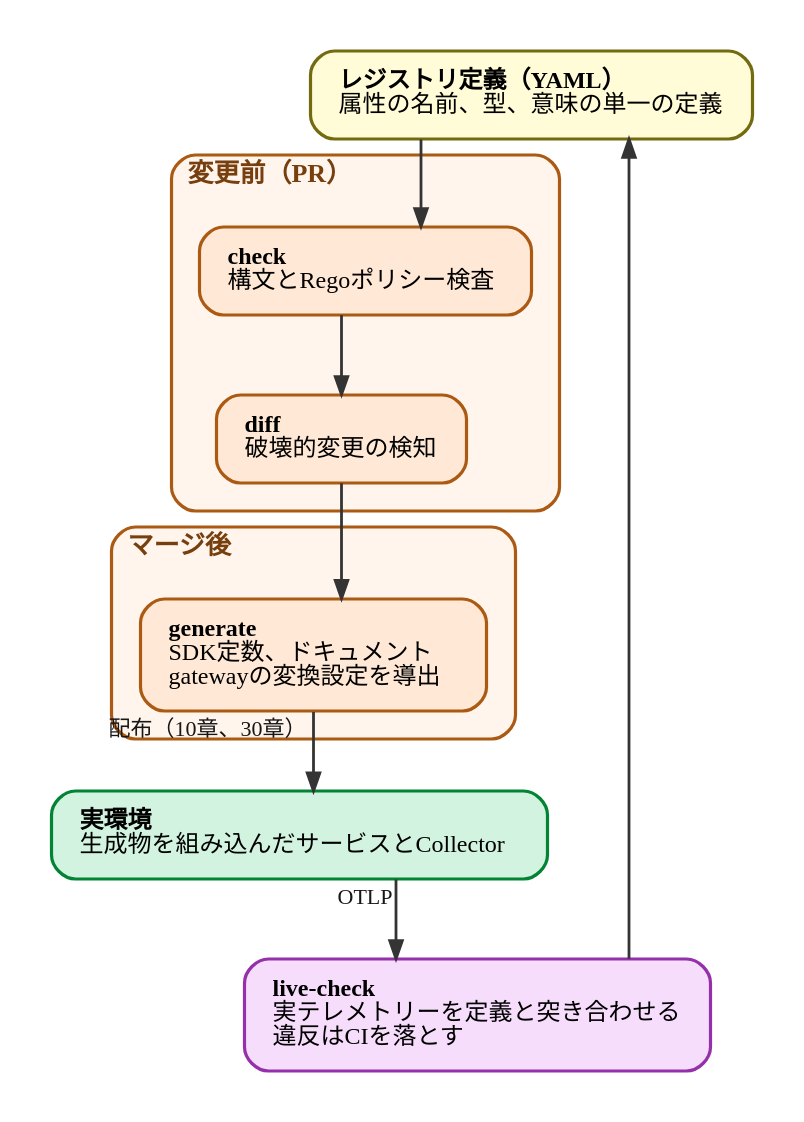
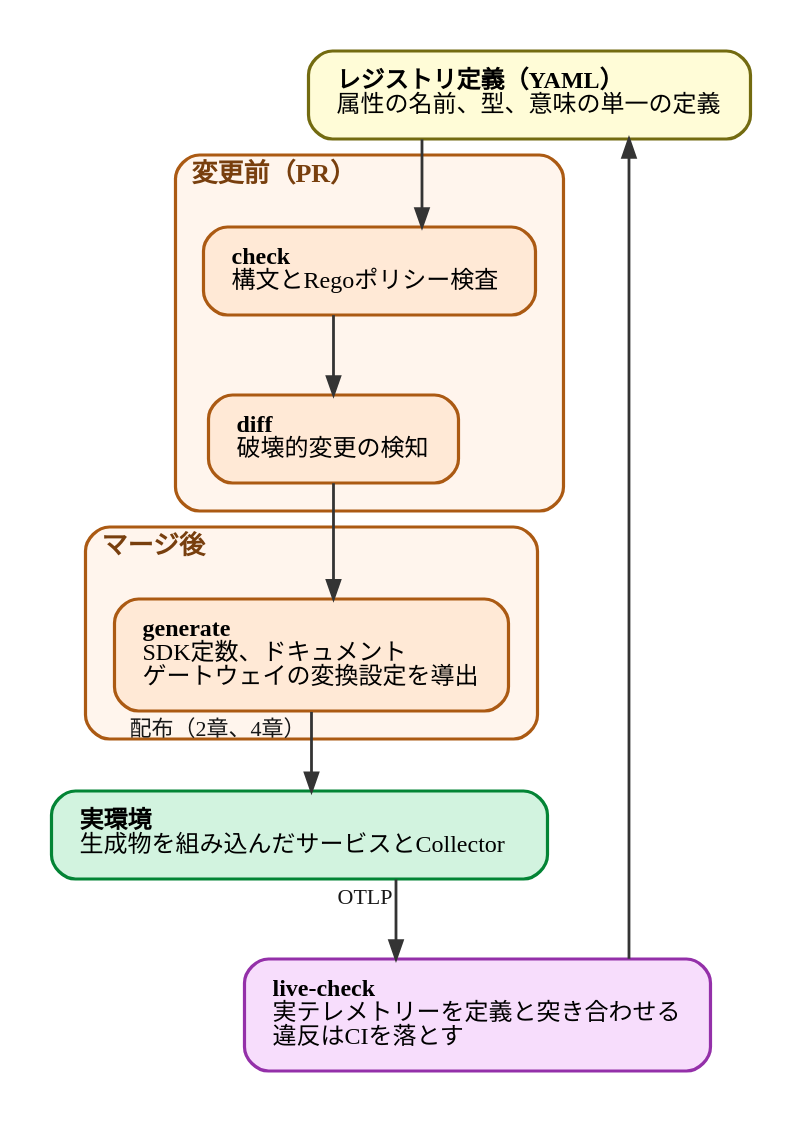
Before and after one commit to ymotongpoo/zenn.dev: the diagram in diagrams/observability-platform-with-otel/20260926-weaver-loop.dot, drawn with Graphviz. The commit also changed 27 other files, not shown here.

```diff
--- a/diagrams/observability-platform-with-otel/20260926-weaver-loop.dot
+++ b/diagrams/observability-platform-with-otel/20260926-weaver-loop.dot
@@ -1,52 +1,52 @@
 // Weaverによるスキーマ管理の循環
 digraph weaver_loop {
   graph [
     fontname="IBM Plex Sans JP", fontsize=13,
     rankdir=TB, compound=true, splines=ortho,
     nodesep=0.5, ranksep=0.55, pad=0.25,
     bgcolor="white", newrank=true
   ];
   node [
     fontname="IBM Plex Sans JP", fontsize=12,
     shape=box, style="rounded,filled",
     fillcolor="#E4E4E4", color="#4A4A4A", penwidth=1.6,
     margin="0.2,0.14"
   ];
   edge [
     fontname="IBM Plex Sans JP", fontsize=11,
     color="#343434", penwidth=1.4, arrowsize=0.9,
     fontcolor="#171717"
   ];
 
   registry [label=<<b>レジストリ定義（YAML）</b><br align="left"/>属性の名前、型、意味の単一の定義<br align="left"/>>, fillcolor="#FFFCD7", color="#736B10"];
 
   subgraph cluster_pr {
     label=<<b>変更前（PR）</b>>;
     labeljust="l"; style="rounded"; penwidth=1.6;
     color="#AB5A13"; bgcolor="#FFF5ED"; fontcolor="#783F0E"; margin=14;
     check [label=<<b>check</b><br align="left"/>構文とRegoポリシー検査<br align="left"/>>, fillcolor="#FFE9D6", color="#AB5A13"];
     diff [label=<<b>diff</b><br align="left"/>破壊的変更の検知<br align="left"/>>, fillcolor="#FFE9D6", color="#AB5A13"];
   }
 
   subgraph cluster_merge {
     label=<<b>マージ後</b>>;
     labeljust="l"; style="rounded"; penwidth=1.6;
     color="#AB5A13"; bgcolor="#FFF5ED"; fontcolor="#783F0E"; margin=14;
-    generate [label=<<b>generate</b><br align="left"/>SDK定数、ドキュメント<br align="left"/>gatewayの変換設定を導出<br align="left"/>>, fillcolor="#FFE9D6", color="#AB5A13"];
+    generate [label=<<b>generate</b><br align="left"/>SDK定数、ドキュメント<br align="left"/>ゲートウェイの変換設定を導出<br align="left"/>>, fillcolor="#FFE9D6", color="#AB5A13"];
   }
 
   system [label=<<b>実環境</b><br align="left"/>生成物を組み込んだサービスとCollector<br align="left"/>>, fillcolor="#D2F3DF", color="#038435"];
   livecheck [label=<<b>live-check</b><br align="left"/>実テレメトリーを定義と突き合わせる<br align="left"/>違反はCIを落とす<br align="left"/>>, fillcolor="#F7DDFC", color="#9430A9"];
 
   registry -> check;
   check -> diff;
   // 「マージ」はクラスタ名（変更前（PR）→ マージ後）とキャプションが担う。
   // ここに置くと、左を回る livecheck -> registry のラベルと隣接して
   // 「定義とのずれを修正マージ」と一続きに読めてしまう。
   diff -> generate;
-  generate -> system [xlabel=" 配布（10章、30章）"];
+  generate -> system [xlabel=" 配布（2章、4章）"];
   system -> livecheck [xlabel=" OTLP"];
   // 戻りの意味はキャプション（検出した違反をレジストリの変更へ反映する）が
   // 述べている。この辺はクラスタの右脇を通るので、ラベルを置くと枠線に乗る。
   livecheck -> registry;
 }
```
